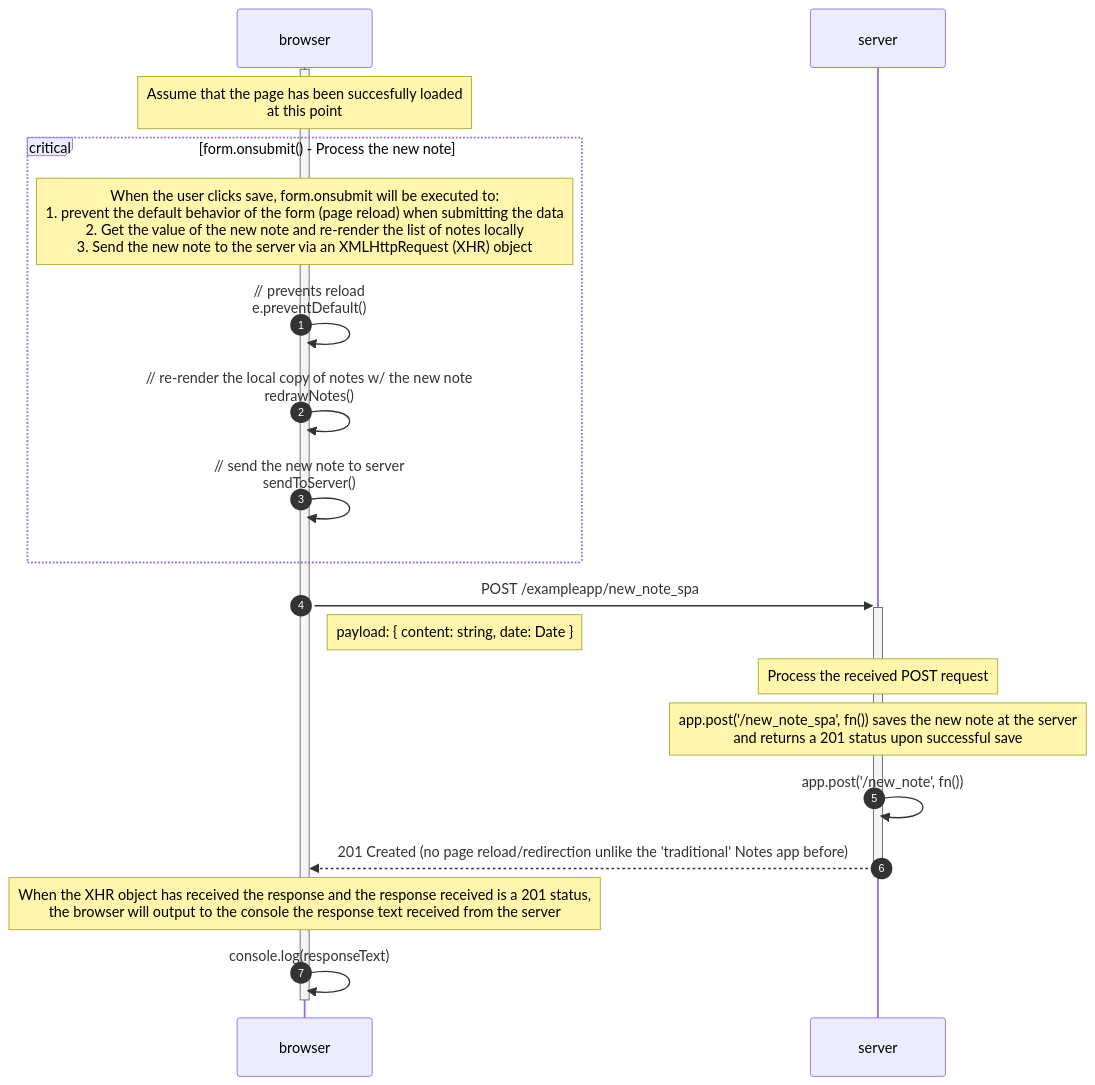
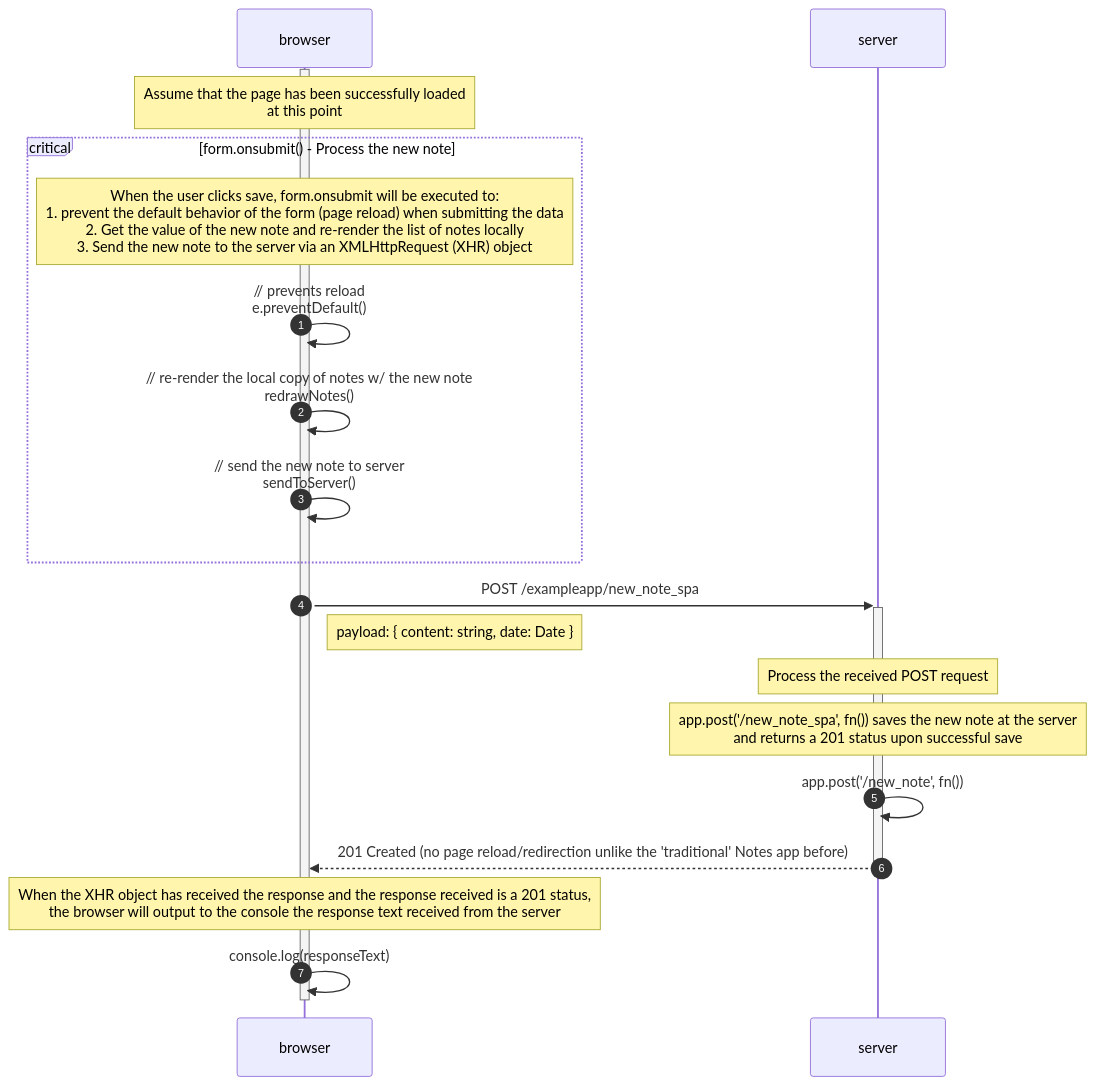
Before and after one commit to appauldev/FSO2023: the diagram in part0/0.6-sequence-diagram-SPA-POST.md, drawn with Mermaid. The commit also changed other lines of this file, not shown here.

````diff
--- a/part0/0.6-sequence-diagram-SPA-POST.md
+++ b/part0/0.6-sequence-diagram-SPA-POST.md
@@ -2,27 +2,27 @@
 ```mermaid
 sequenceDiagram
     autonumber
     participant browser
     participant server
     activate browser
 
     %% start of the POST request
-    Note over browser: Assume that the page has been succesfully loaded<br>at this point
+    Note over browser: Assume that the page has been successfully loaded<br>at this point
     critical form.onsubmit() - Process the new note 
     Note over browser: When the user clicks save, form.onsubmit will be executed to:<br>1. prevent the default behavior of the form (page reload) when submitting the data<br>2. Get the value of the new note and re-render the list of notes locally<br>3. Send the new note to the server via an XMLHttpRequest (XHR) object
     browser ->> browser: // prevents reload<br>e.preventDefault()
     browser ->> browser: // re-render the local copy of notes w/ the new note<br>redrawNotes()
     browser ->> browser: // send the new note to server<br>sendToServer()
     end
     browser ->>+ server: POST /exampleapp/new_note_spa
     Note right of browser: payload: { content: string, date: Date }
     Note over server: Process the received POST request
     Note over server: app.post('/new_note_spa', fn()) saves the new note at the server<br>and returns a 201 status upon successful save
     server ->> server: app.post('/new_note', fn())
     server -->>- browser: 201 Created (no page reload/redirection unlike the 'traditional' Notes app before)
     Note over browser: When the XHR object has received the response and the response received is a 201 status,<br>the browser will output to the console the response text received from the server
     browser ->> browser: console.log(responseText)
 
 
     deactivate browser
 ```
````
